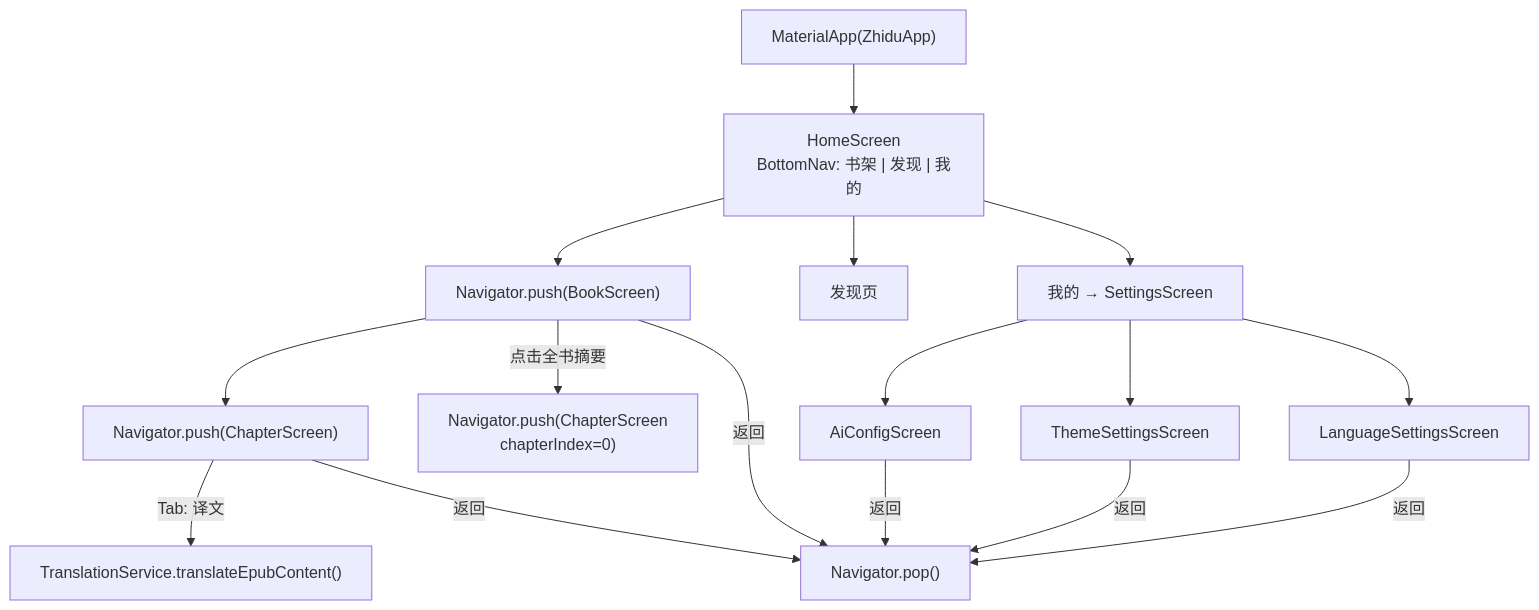
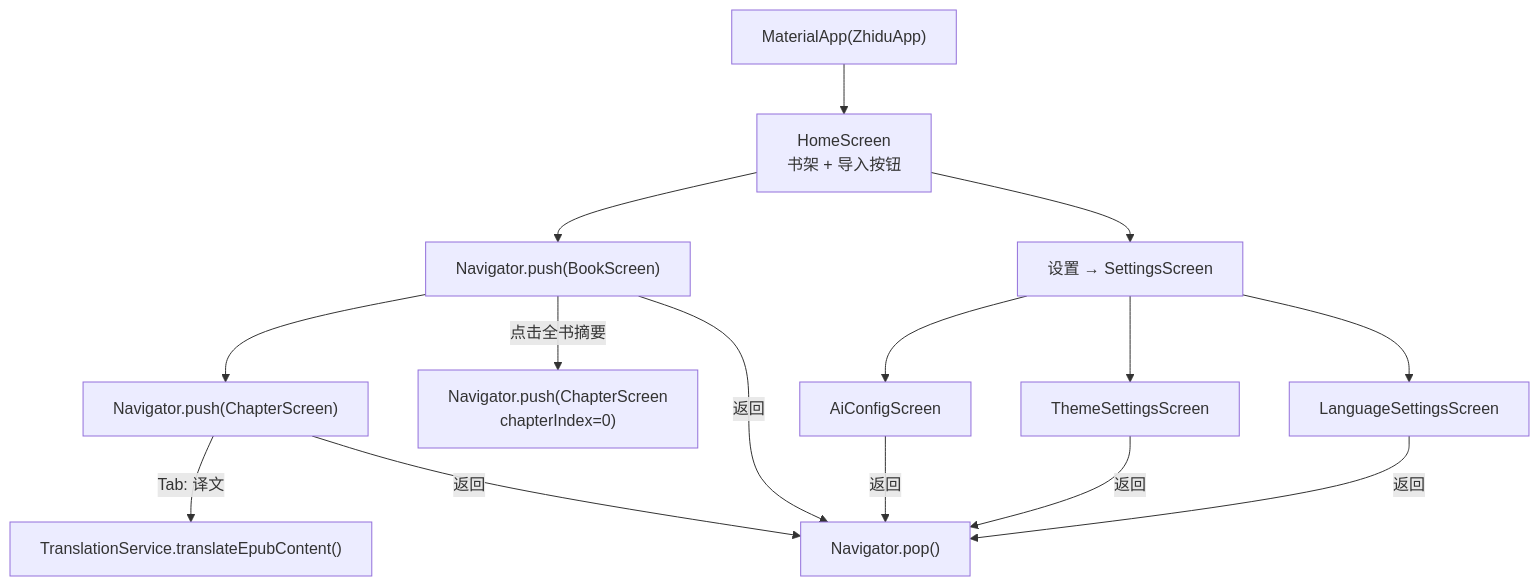
One commit to jjzhang2000/zhidu changed the ninth of 11 diagrams in docs/function_call_relationships_visual.md. Above: the diagram before and after it, drawn with Mermaid. The commit also changed 12 other files, not shown here.

````diff
--- a/docs/function_call_relationships_visual.md
+++ b/docs/function_call_relationships_visual.md
@@ -464,23 +464,22 @@
 ```mermaid
 flowchart TD
-    APP["MaterialApp(ZhiduApp)"] --> HS["HomeScreen<br/>BottomNav: 书架 | 发现 | 我的"]
+    APP["MaterialApp(ZhiduApp)"] --> HS["HomeScreen<br/>书架 + 导入按钮"]
 
     HS --> BS_NAV["Navigator.push(BookScreen)"]
-    HS --> DISC["发现页"]
-    HS --> SET["我的 → SettingsScreen"]
+    HS --> SET["设置 → SettingsScreen"]
 
     SET --> AIC["AiConfigScreen"]
     SET --> THS["ThemeSettingsScreen"]
     SET --> LAS["LanguageSettingsScreen"]
 
     BS_NAV --> CS_NAV["Navigator.push(ChapterScreen)"]
     BS_NAV --> |"点击全书摘要"| CS_FIRST["Navigator.push(ChapterScreen<br/>chapterIndex=0)"]
 
     CS_NAV --> |"Tab: 译文"| TRANS["TranslationService.translateEpubContent()"]
 
     CS_NAV --> |"返回"| POP["Navigator.pop()"]
     BS_NAV --> |"返回"| POP
     AIC --> |"返回"| POP
     THS --> |"返回"| POP
     LAS --> |"返回"| POP
 ```
````
